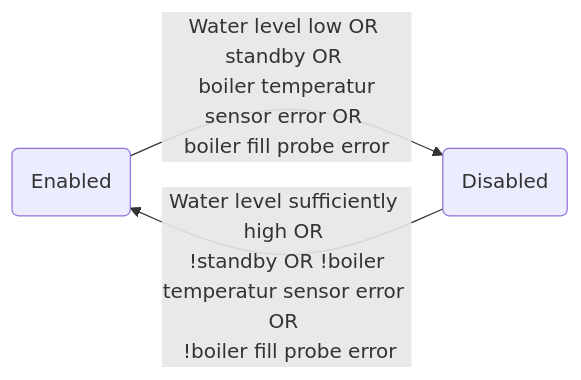
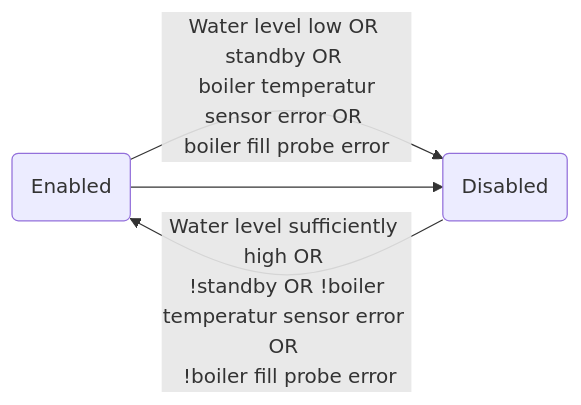
Before and after one commit to ggramlich26/BZ10_upgrade: the second of 2 diagrams in README.md, drawn with Mermaid. The commit also changed other lines of this file, not shown here.

````diff
--- a/README.md
+++ b/README.md
@@ -27,7 +27,8 @@
 ```mermaid
 graph LR
 enabled(Enabled)
 disabled(Disabled)
 enabled -- Water level low OR standby OR <br> boiler temperatur sensor error OR <br>boiler fill probe error--> disabled
 disabled -- Water level sufficiently high OR <br> !standby OR !boiler temperatur sensor error OR <br> !boiler fill probe error-->enabled
+--> disabled
 ```
````
